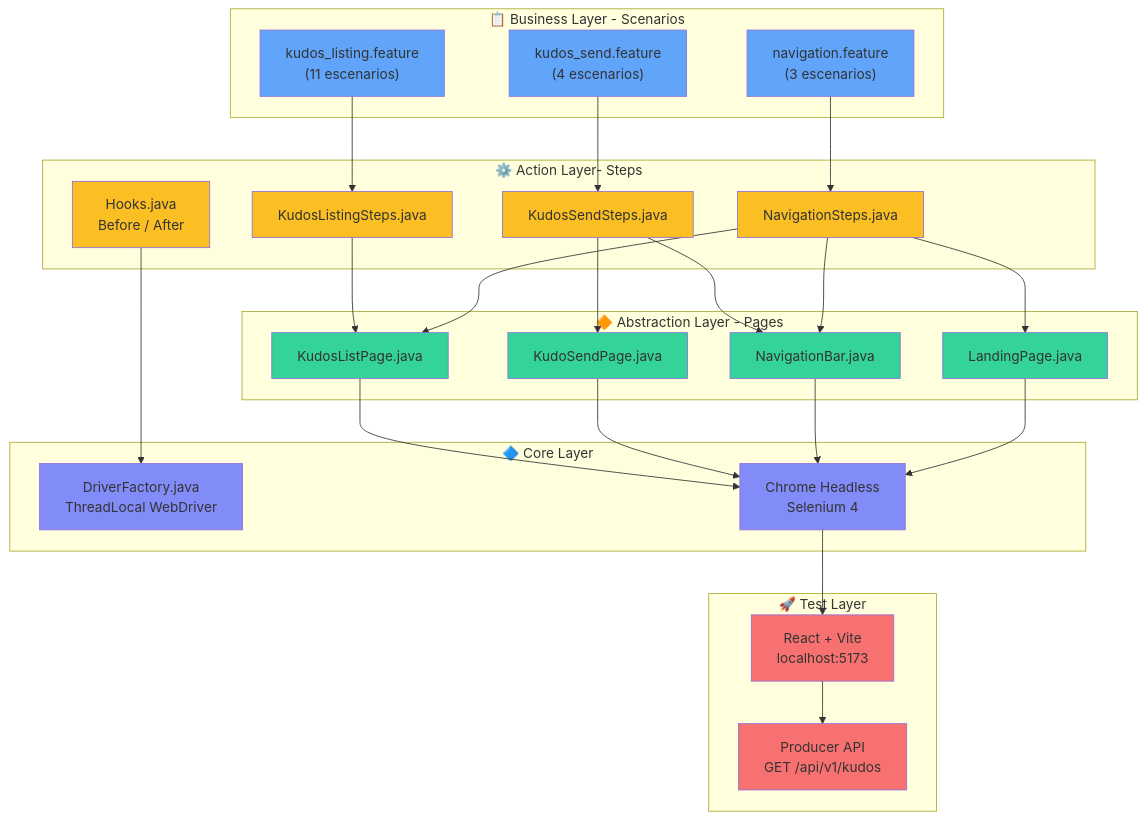
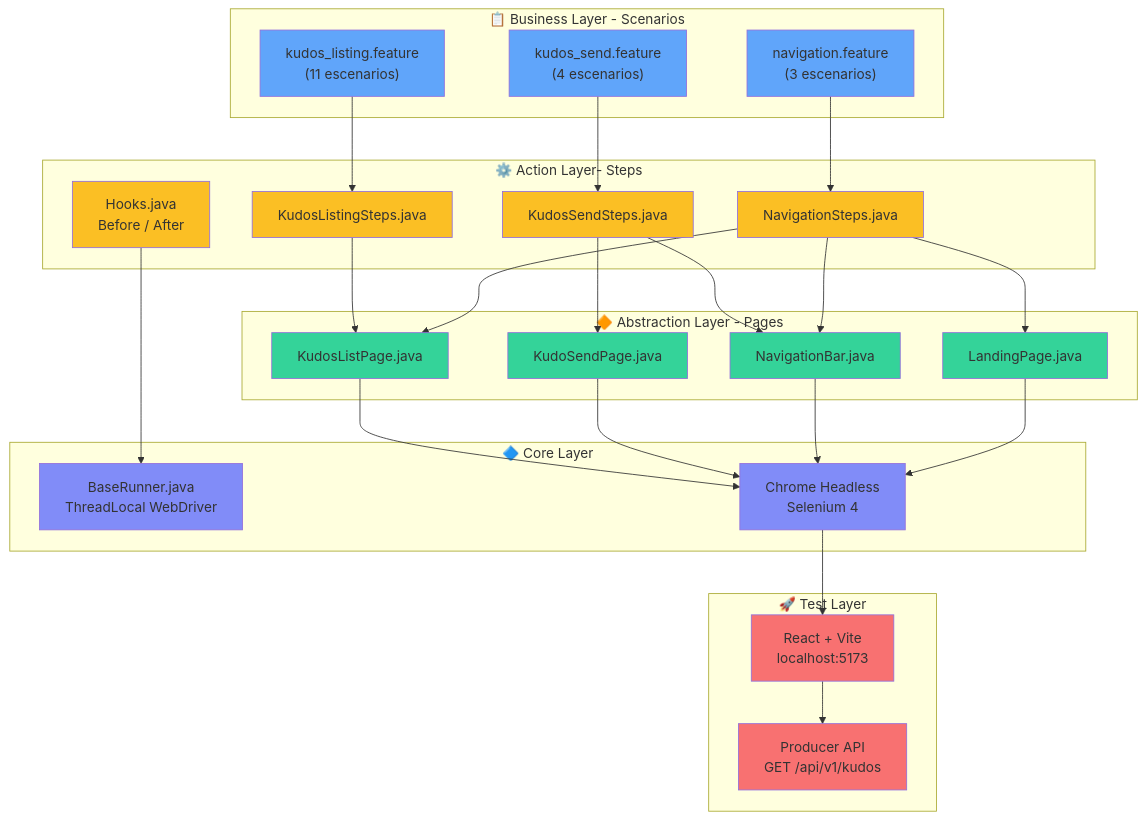
The diagram in pom-pagefactory/README.md (majoymajo/AUTO_FRONT_POM_FACTORY), drawn with Mermaid before and after one commit. The commit also changed other lines of this file and 4 other files, not shown here.

````diff
--- a/pom-pagefactory/README.md
+++ b/pom-pagefactory/README.md
@@ -25,62 +25,62 @@
 ```mermaid
 graph TD
     subgraph Features["📋 Business Layer - Scenarios"]
 
         F1["kudos_listing.feature<br/>(11 escenarios)"]
         F2["kudos_send.feature<br/>(4 escenarios)"]
         F3["navigation.feature<br/>(3 escenarios)"]
     end
 
     subgraph StepDefs["⚙️ Action Layer- Steps"]
 
         S1["KudosListingSteps.java"]
         S2["KudosSendSteps.java"]
         S3["NavigationSteps.java"]
         S4["Hooks.java<br/>Before / After"]
     end
 
     subgraph PageObj["🔶 Abstraction Layer - Pages"]
 
         P1["KudosListPage.java"]
         P2["KudoSendPage.java"]
         P3["NavigationBar.java"]
         P4["LandingPage.java"]
     end
 
     subgraph Infra["🔷 Core Layer"]
     
-        D["DriverFactory.java<br/>ThreadLocal WebDriver"]
+        D["BaseRunner.java<br/>ThreadLocal WebDriver"]
         B["Chrome Headless<br/>Selenium 4"]
     end
 
     subgraph App["🚀 Test Layer"]
         WEB["React + Vite<br/>localhost:5173"]
         API["Producer API<br/>GET /api/v1/kudos"]
     end
 
     F1 --> S1
     F2 --> S2
     F3 --> S3
     S1 --> P1
     S2 --> P2 & P3
     S3 --> P1 & P3 & P4
     S4 --> D
     P1 & P2 & P3 & P4 --> B
     B --> WEB --> API
 
     style F1 fill:#60a5fa
     style F2 fill:#60a5fa
     style F3 fill:#60a5fa
     style S1 fill:#fbbf24
     style S2 fill:#fbbf24
     style S3 fill:#fbbf24
     style S4 fill:#fbbf24
     style P1 fill:#34d399
     style P2 fill:#34d399
     style P3 fill:#34d399
     style P4 fill:#34d399
     style D fill:#818cf8
     style B fill:#818cf8
     style WEB fill:#f87171
     style API fill:#f87171
 ```
````
